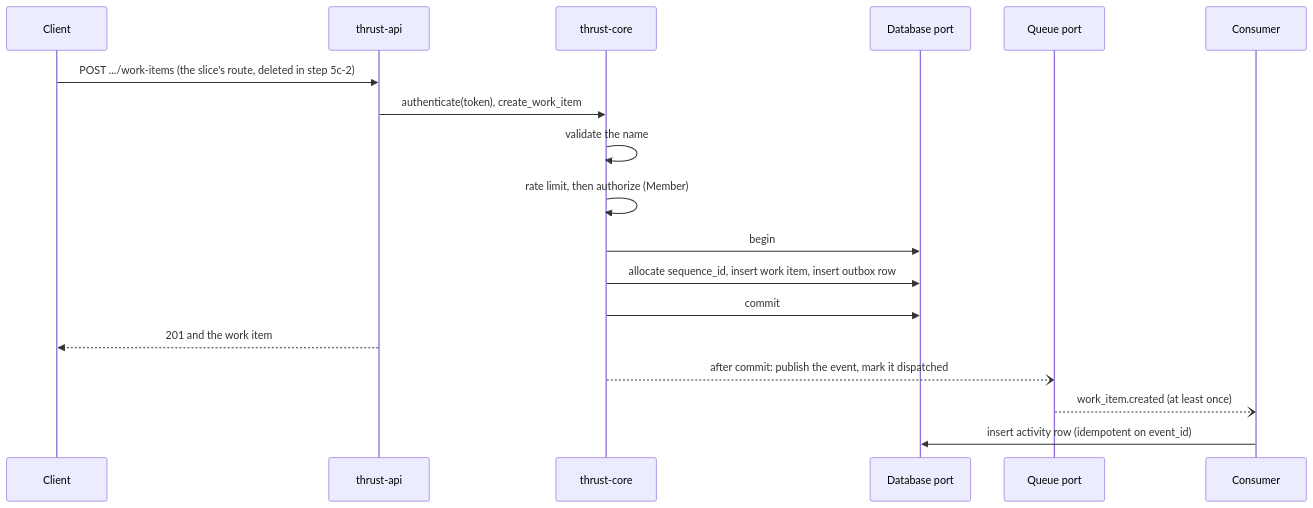
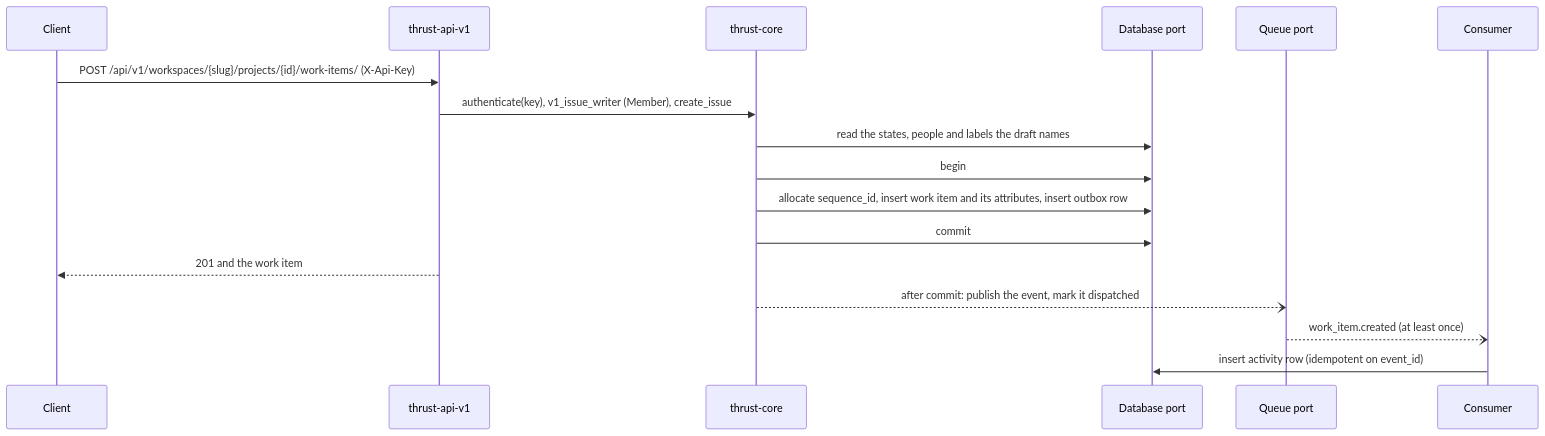
One commit to aRustyDev/thrust changed the diagram in docs/src/flows/app.md. Above: the diagram before and after it, drawn with Mermaid. The commit also changed other lines of this file and 13 other files, not shown here.

````diff
--- a/docs/src/flows/app.md
+++ b/docs/src/flows/app.md
@@ -190,21 +190,20 @@
 ```mermaid
 sequenceDiagram
   participant C as Client
-  participant A as thrust-api
+  participant A as thrust-api-v1
   participant K as thrust-core
   participant D as Database port
   participant Q as Queue port
   participant E as Consumer
 
-  C->>A: POST .../work-items (the slice's route, deleted in step 5c-2)
-  A->>K: authenticate(token), create_work_item
-  K->>K: validate the name
-  K->>K: rate limit, then authorize (Member)
+  C->>A: POST /api/v1/workspaces/{slug}/projects/{id}/work-items/ (X-Api-Key)
+  A->>K: authenticate(key), v1_issue_writer (Member), create_issue
+  K->>D: read the states, people and labels the draft names
   K->>D: begin
-  K->>D: allocate sequence_id, insert work item, insert outbox row
+  K->>D: allocate sequence_id, insert work item and its attributes, insert outbox row
   K->>D: commit
   A-->>C: 201 and the work item
   K--)Q: after commit: publish the event, mark it dispatched
   Q--)E: work_item.created (at least once)
   E->>D: insert activity row (idempotent on event_id)
 ```
````
